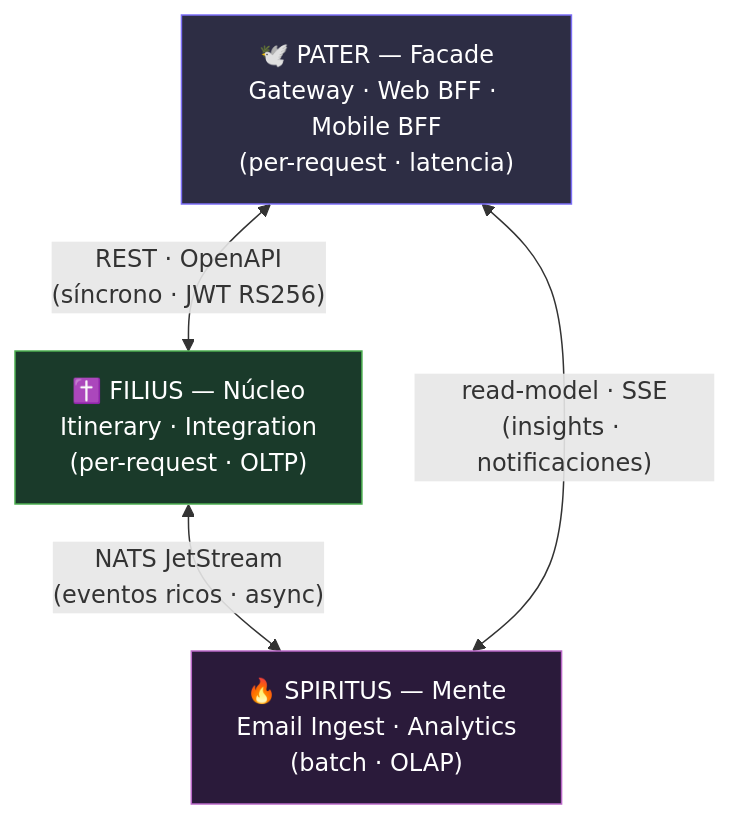
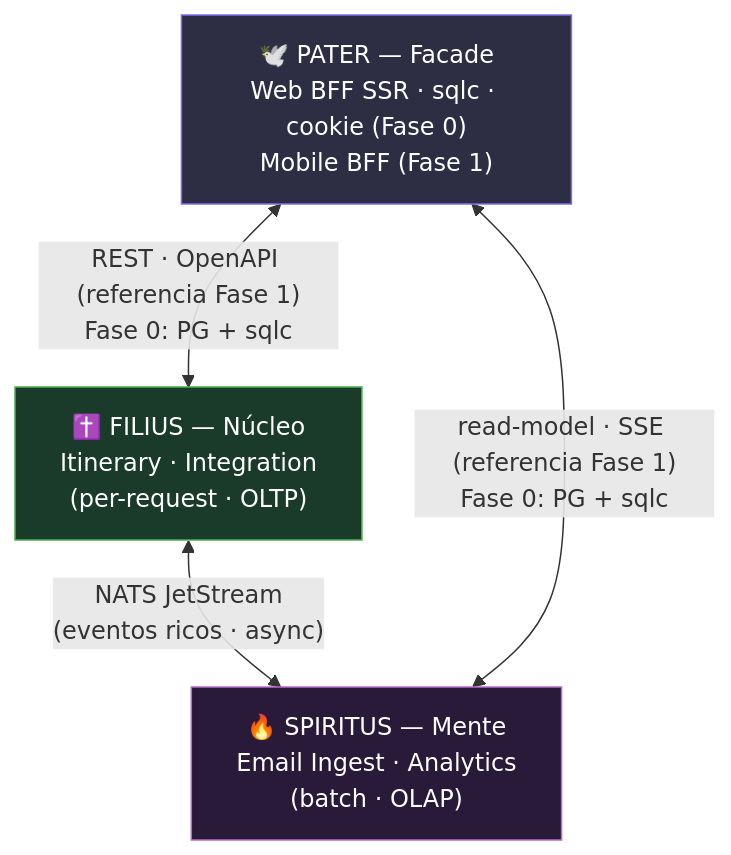
Before and after one commit to az-juan/trotamundos: the second of 3 diagrams in trinity/architecture/vista_modulos.md, drawn with Mermaid. The commit also changed other lines of this file and 98 other files, not shown here.

````diff
--- a/trinity/architecture/vista_modulos.md
+++ b/trinity/architecture/vista_modulos.md
@@ -42,17 +45,17 @@
 ```mermaid
 graph TD
-    P["🕊️ PATER — Facade<br/>Gateway · Web BFF · Mobile BFF<br/>(per-request · latencia)"]
+    P["🕊️ PATER — Facade<br/>Web BFF SSR · sqlc · cookie (Fase 0)<br/>Mobile BFF (Fase 1)"]
     F["✝️ FILIUS — Núcleo<br/>Itinerary · Integration<br/>(per-request · OLTP)"]
     S["🔥 SPIRITUS — Mente<br/>Email Ingest · Analytics<br/>(batch · OLAP)"]
 
-    P <-->|"REST · OpenAPI<br/>(síncrono · JWT RS256)"| F
+    P <-->|"REST · OpenAPI (referencia Fase 1)<br/>Fase 0: PG + sqlc"| F
     F <-->|"NATS JetStream<br/>(eventos ricos · async)"| S
-    S <-->|"read-model · SSE<br/>(insights · notificaciones)"| P
+    S <-->|"read-model · SSE (referencia Fase 1)<br/>Fase 0: PG + sqlc"| P
 
     classDef p fill:#2d2d44,stroke:#7c6ff7,color:#fff;
     classDef f fill:#1a3a2a,stroke:#4caf50,color:#fff;
     classDef s fill:#2a1a3a,stroke:#ba68c8,color:#fff;
     class P p;
     class F f;
     class S s;
 ```
````
